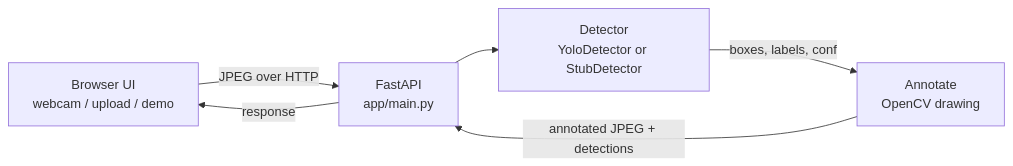
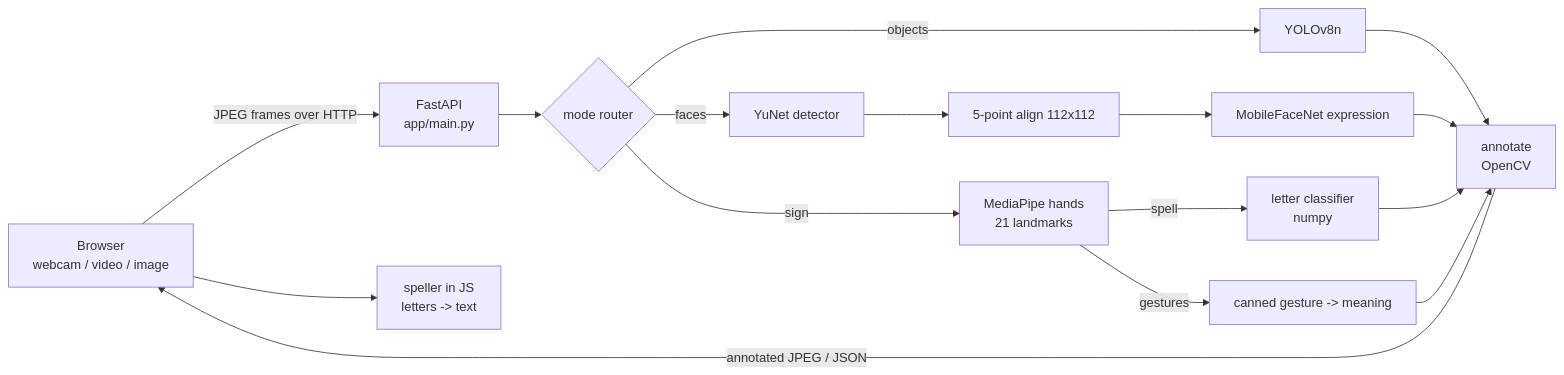
One commit to dhia-rek/ai-vision-detection changed the diagram in README.md. Above: the diagram before and after it, drawn with Mermaid. The commit also changed other lines of this file and 5 other files, not shown here.

Commit message:
Review fixes (video caps, streamed upload, cached-model checksum, header cap, UI mode switch); README for all modes

````diff
--- a/README.md
+++ b/README.md
@@ -30,8 +40,16 @@
 ```mermaid
 flowchart LR
-    UI[Browser UI<br/>webcam / upload / demo] -->|JPEG over HTTP| API[FastAPI<br/>app/main.py]
-    API --> DET[Detector<br/>YoloDetector or StubDetector]
-    DET -->|boxes, labels, conf| ANN[Annotate<br/>OpenCV drawing]
-    ANN -->|annotated JPEG + detections| API
-    API -->|response| UI
+    UI[Browser<br/>webcam / video / image] -->|JPEG frames over HTTP| API[FastAPI<br/>app/main.py]
+    API --> R{mode router}
+    R -->|objects| Y[YOLOv8n]
+    R -->|faces| F[YuNet detector] --> AL[5-point align 112x112] --> M[MobileFaceNet expression]
+    R -->|sign| H[MediaPipe hands<br/>21 landmarks]
+    H -->|spell| L[letter classifier<br/>numpy]
+    H -->|gestures| G[canned gesture -> meaning]
+    Y --> A[annotate<br/>OpenCV]
+    M --> A
+    L --> A
+    G --> A
+    A -->|annotated JPEG / JSON| UI
+    UI --> S[speller in JS<br/>letters -> text]
 ```
````
